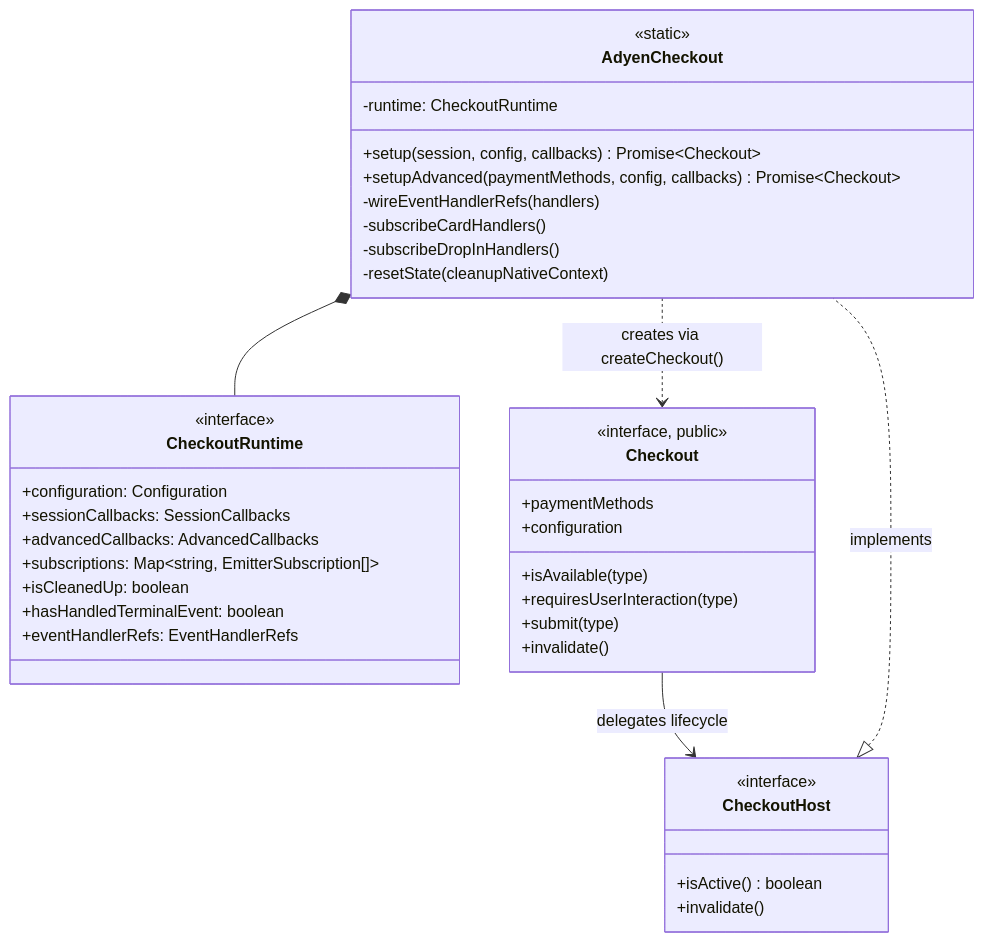
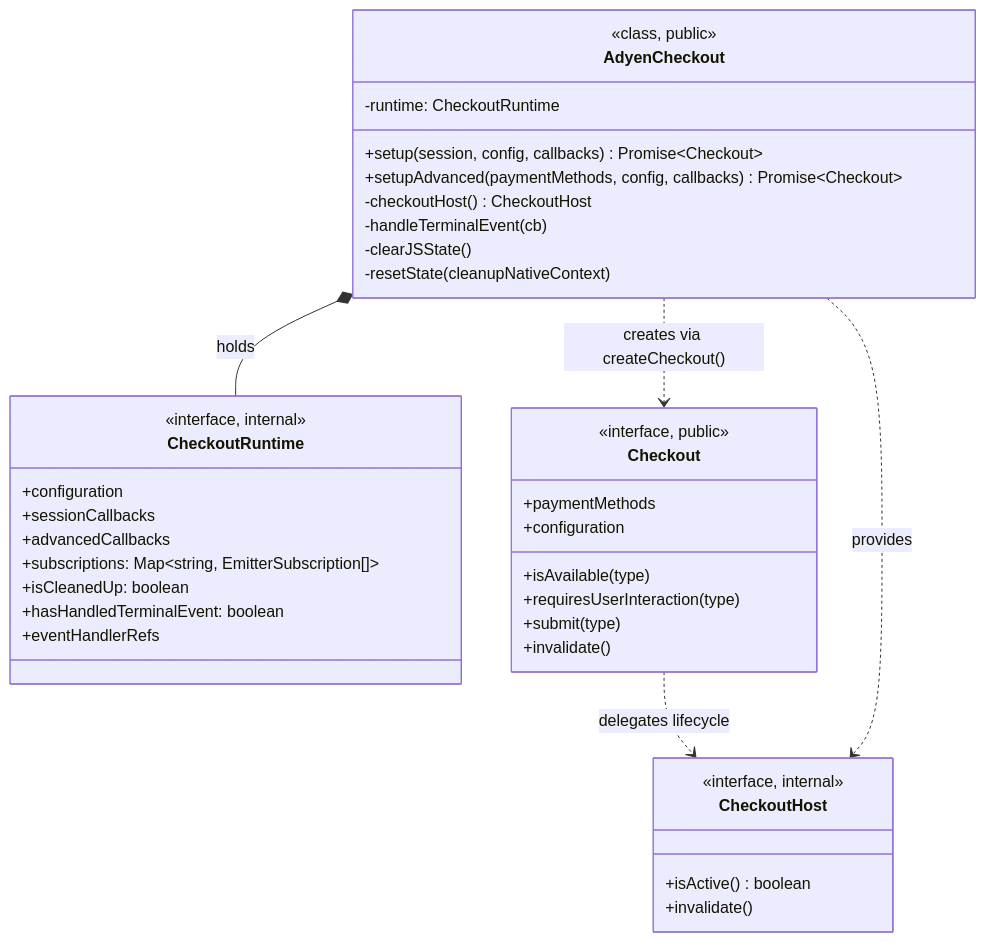
One commit to Adyen/adyen-react-native changed the second of 4 diagrams in docs/js-architecture.md. Above: the diagram before and after it, drawn with Mermaid. The commit also changed other lines of this file and 2 other files, not shown here.

First line of the commit message:
docs: rewrite canonical architecture set for current v6 implementation

````diff
--- a/docs/js-architecture.md
+++ b/docs/js-architecture.md
@@ -45,45 +101,42 @@
 ```mermaid
 classDiagram
   class AdyenCheckout {
-    <<static>>
+    <<class, public>>
     -runtime: CheckoutRuntime
     +setup(session, config, callbacks) Promise~Checkout~
     +setupAdvanced(paymentMethods, config, callbacks) Promise~Checkout~
-    -wireEventHandlerRefs(handlers)
-    -subscribeCardHandlers()
-    -subscribeDropInHandlers()
+    -checkoutHost() CheckoutHost
+    -handleTerminalEvent(cb)
+    -clearJSState()
     -resetState(cleanupNativeContext)
   }
-
   class CheckoutRuntime {
-    <<interface>>
-    +configuration: Configuration
-    +sessionCallbacks: SessionCallbacks
-    +advancedCallbacks: AdvancedCallbacks
+    <<interface, internal>>
+    +configuration
+    +sessionCallbacks
+    +advancedCallbacks
     +subscriptions: Map~string, EmitterSubscription[]~
     +isCleanedUp: boolean
     +hasHandledTerminalEvent: boolean
-    +eventHandlerRefs: EventHandlerRefs
+    +eventHandlerRefs
   }
-
   class Checkout {
     <<interface, public>>
     +paymentMethods
     +configuration
     +isAvailable(type)
     +requiresUserInteraction(type)
     +submit(type)
     +invalidate()
   }
-
   class CheckoutHost {
-    <<interface>>
+    <<interface, internal>>
     +isActive() boolean
     +invalidate()
   }
 
-  AdyenCheckout *-- CheckoutRuntime
+  AdyenCheckout *-- CheckoutRuntime : holds
   AdyenCheckout ..> Checkout : creates via createCheckout()
-  Checkout --> CheckoutHost : delegates lifecycle
-  CheckoutHost <|.. AdyenCheckout : implements
+  Checkout ..> CheckoutHost : delegates lifecycle
+  CheckoutHost <.. AdyenCheckout : provides
 ```
````
